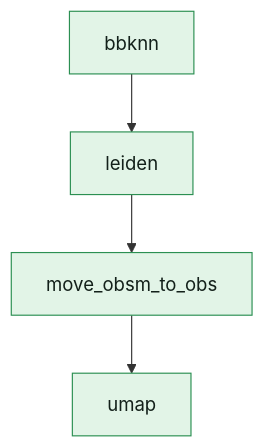
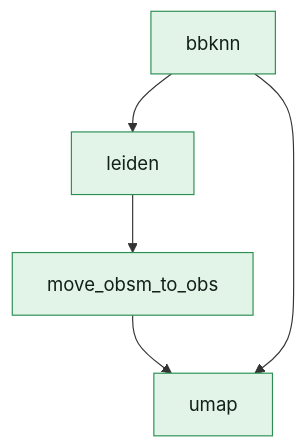
Before and after one commit to openpipelines-bio/openpipeline_docs: the diagram in reference/openpipeline/v4.2.0/workflows/integration/bbknn_leiden.qmd, drawn with Mermaid. The commit also changed other lines of this file and 40 other files, not shown here.

````diff
--- a/reference/openpipeline/v4.2.0/workflows/integration/bbknn_leiden.qmd
+++ b/reference/openpipeline/v4.2.0/workflows/integration/bbknn_leiden.qmd
@@ -128,14 +128,15 @@
 ```{mermaid}
 flowchart TB
-    v114["umap"]
-    v18["bbknn"]
-    v50["leiden"]
-    v81["move_obsm_to_obs"]
-    v18 --> v50
-    v50 --> v81
-    v81 --> v114
-    style v114 fill:#e2f4e7,stroke:#2b8f52,color:#13201a
-    style v18 fill:#e2f4e7,stroke:#2b8f52,color:#13201a
-    style v50 fill:#e2f4e7,stroke:#2b8f52,color:#13201a
-    style v81 fill:#e2f4e7,stroke:#2b8f52,color:#13201a
+    c_cluster_leiden["leiden"]
+    c_dimred_umap["umap"]
+    c_metadata_move_obsm_to_obs["move_obsm_to_obs"]
+    c_neighbors_bbknn["bbknn"]
+    c_cluster_leiden --> c_metadata_move_obsm_to_obs
+    c_metadata_move_obsm_to_obs --> c_dimred_umap
+    c_neighbors_bbknn --> c_cluster_leiden
+    c_neighbors_bbknn --> c_dimred_umap
+    style c_cluster_leiden fill:#e2f4e7,stroke:#2b8f52,color:#13201a
+    style c_dimred_umap fill:#e2f4e7,stroke:#2b8f52,color:#13201a
+    style c_metadata_move_obsm_to_obs fill:#e2f4e7,stroke:#2b8f52,color:#13201a
+    style c_neighbors_bbknn fill:#e2f4e7,stroke:#2b8f52,color:#13201a
 ```
````
